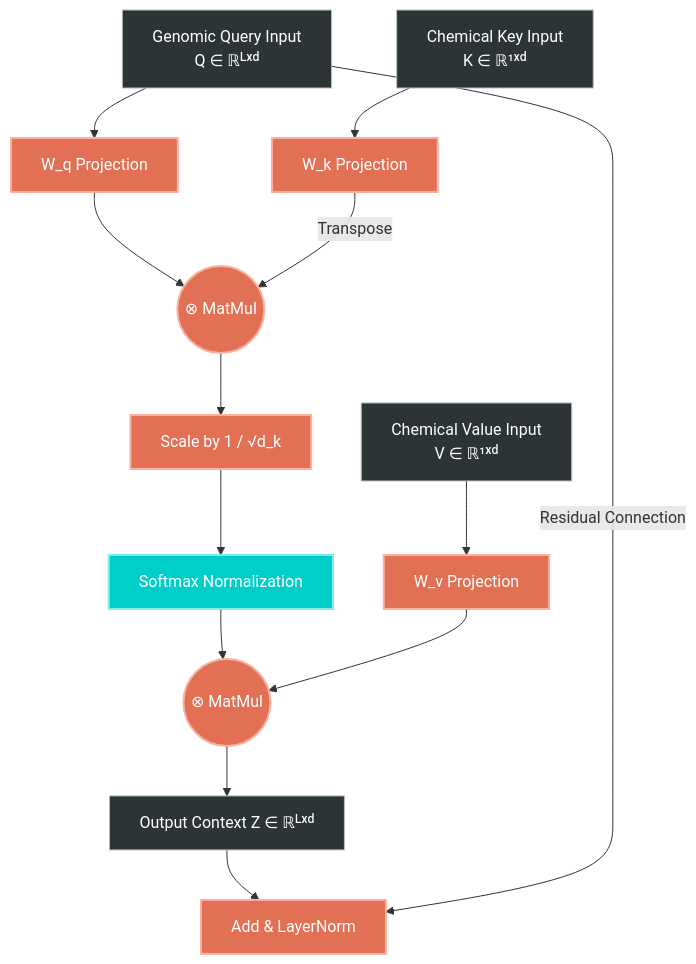
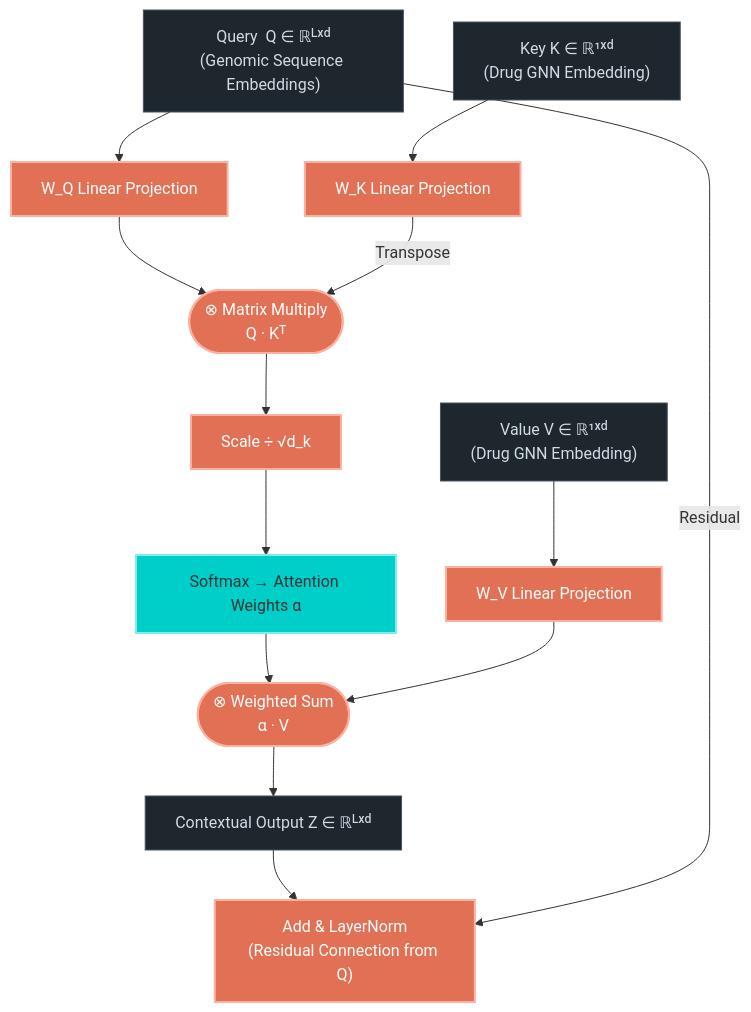
The fourth of 7 diagrams in README.md (Panchadip-128/Cross-Attention-Fusion-based-Drug-Sensitivity-Detection), drawn with Mermaid before and after one commit. The commit also changed other lines of this file, not shown here.

Commit message:
docs: complete DeepMind-grade README rewrite with narrative, formal math, and full figure captions

````diff
--- a/README.md
+++ b/README.md
@@ -134,27 +227,33 @@
 ```mermaid
 graph TD
-    classDef tensor fill:#2d3436,stroke:#b2bec3,stroke-width:1px,color:#fff;
+    classDef tensor fill:#1e272e,stroke:#485460,stroke-width:1px,color:#d2dae2;
     classDef op fill:#e17055,stroke:#fab1a0,stroke-width:2px,color:#fff;
-    classDef act fill:#00cec9,stroke:#81ecec,stroke-width:2px,color:#fff;
+    classDef act fill:#00cec9,stroke:#81ecec,stroke-width:2px,color:#2d3436;
 
-    Q_in["Genomic Query Input<br>Q ∈ ℝᴸˣᵈ"]:::tensor
-    K_in["Chemical Key Input<br>K ∈ ℝ¹ˣᵈ"]:::tensor
-    V_in["Chemical Value Input<br>V ∈ ℝ¹ˣᵈ"]:::tensor
+    Qin["Query  Q ∈ ℝᴸˣᵈ
+(Genomic Sequence Embeddings)"]:::tensor
+    Kin["Key  K ∈ ℝ¹ˣᵈ
+(Drug GNN Embedding)"]:::tensor
+    Vin["Value  V ∈ ℝ¹ˣᵈ
+(Drug GNN Embedding)"]:::tensor
 
-    Q_in --> Q_proj["W_q Projection"]:::op
-    K_in --> K_proj["W_k Projection"]:::op
-    V_in --> V_proj["W_v Projection"]:::op
+    Qin --> Wq["W_Q Linear Projection"]:::op
+    Kin --> Wk["W_K Linear Projection"]:::op
+    Vin --> Wv["W_V Linear Projection"]:::op
 
-    Q_proj --> MatMul1((⊗ MatMul)):::op
-    K_proj -->|Transpose| MatMul1
+    Wq --> MM1(["⊗ Matrix Multiply
+Q · Kᵀ"]):::op
+    Wk -->|"Transpose"| MM1
 
-    MatMul1 --> Scale["Scale by 1 / √d_k"]:::op
-    Scale --> Softmax["Softmax Normalization"]:::act
+    MM1 --> Sc["Scale  ÷ √d_k"]:::op
+    Sc --> SM["Softmax → Attention Weights α"]:::act
 
-    Softmax --> MatMul2((⊗ MatMul)):::op
-    V_proj --> MatMul2
+    SM --> MM2(["⊗ Weighted Sum
+α · V"]):::op
+    Wv --> MM2
 
-    MatMul2 --> Z["Output Context Z ∈ ℝᴸˣᵈ"]:::tensor
-    Z --> AddNorm["Add & LayerNorm"]:::op
-    Q_in -->|Residual Connection| AddNorm
+    MM2 --> Z["Contextual Output  Z ∈ ℝᴸˣᵈ"]:::tensor
+    Z --> AN["Add & LayerNorm
+(Residual Connection from Q)"]:::op
+    Qin -->|"Residual"| AN
 ```
````
